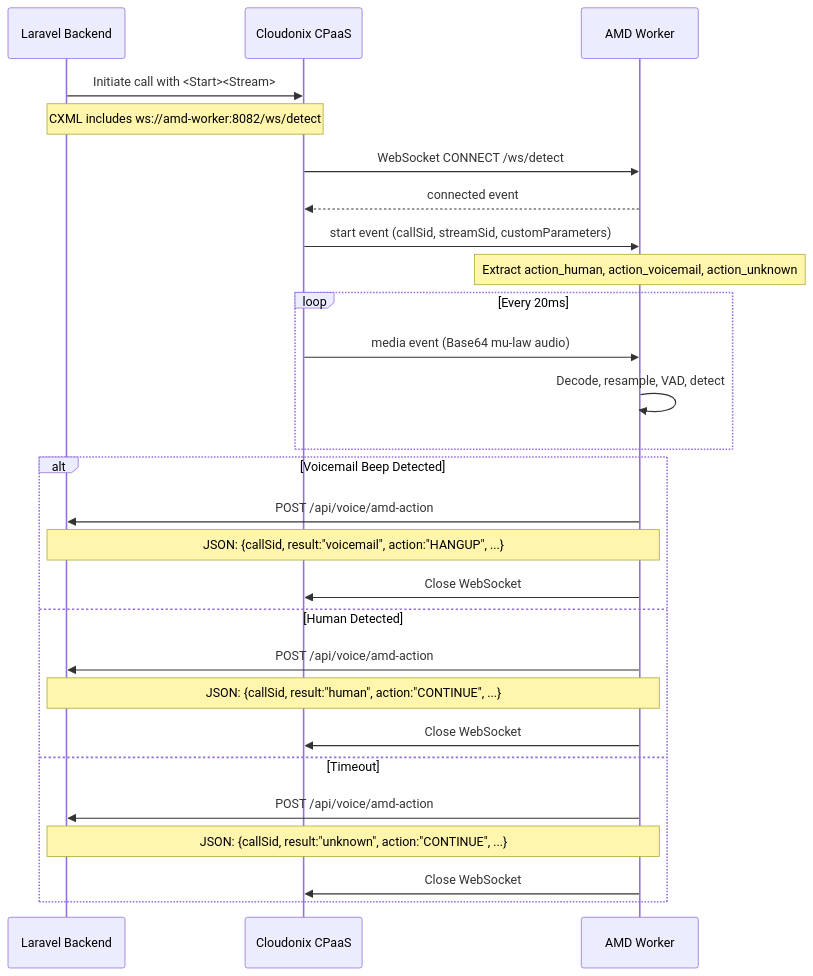
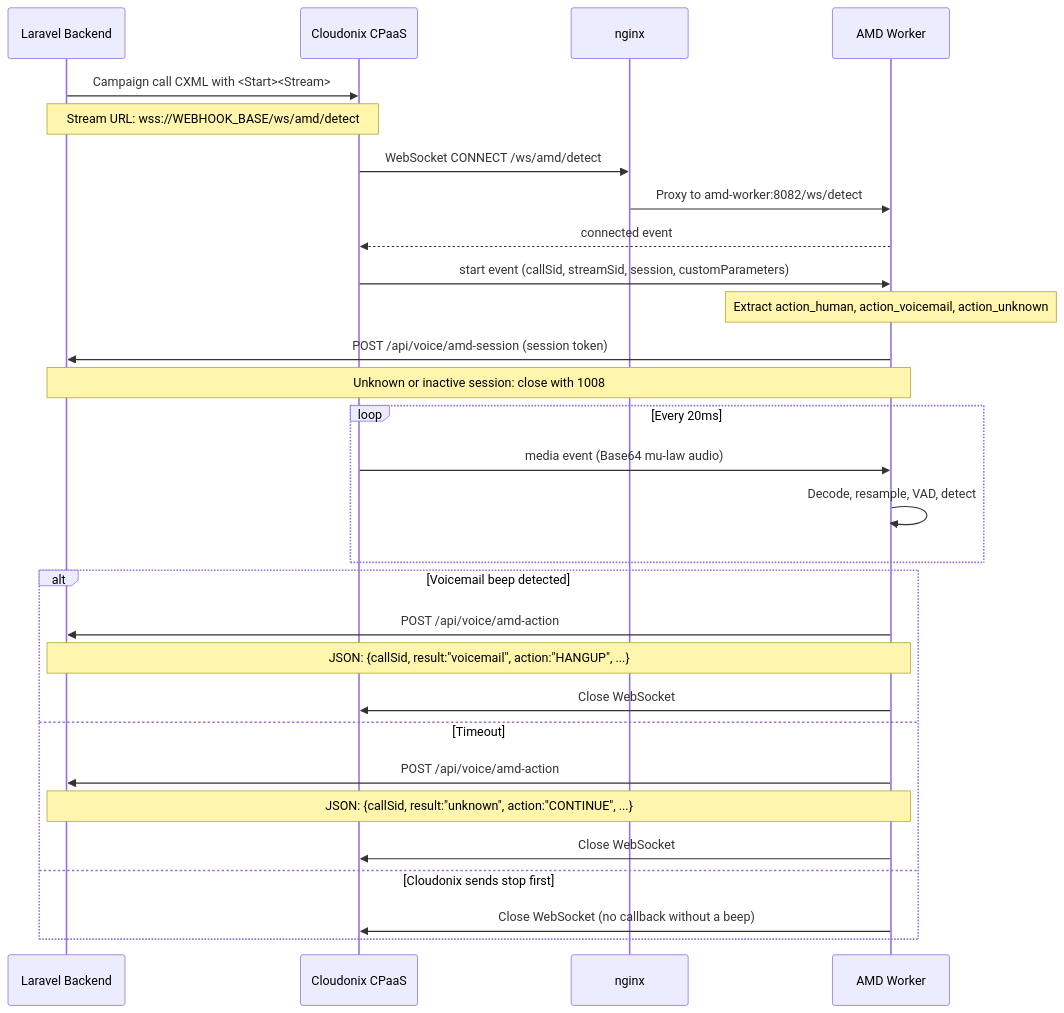
The third of 3 diagrams in amd-worker/README.md (greenfieldtech-nirs/opbx), drawn with Mermaid before and after one commit. The commit also changed other lines of this file and 9 other files, not shown here.

````diff
--- a/amd-worker/README.md
+++ b/amd-worker/README.md
@@ -289,32 +302,34 @@
 ```mermaid
 sequenceDiagram
     participant L as Laravel Backend
     participant C as Cloudonix CPaaS
+    participant N as nginx
     participant A as AMD Worker
 
-    L->>C: Initiate call with <Start><Stream>
-    Note over L,C: CXML includes ws://amd-worker:8082/ws/detect
-    C->>A: WebSocket CONNECT /ws/detect
+    L->>C: Campaign call CXML with <Start><Stream>
+    Note over L,C: Stream URL: wss://WEBHOOK_BASE/ws/amd/detect
+    C->>N: WebSocket CONNECT /ws/amd/detect
+    N->>A: Proxy to amd-worker:8082/ws/detect
     A-->>C: connected event
-    C->>A: start event (callSid, streamSid, customParameters)
+    C->>A: start event (callSid, streamSid, session, customParameters)
     Note over A: Extract action_human, action_voicemail, action_unknown
+    A->>L: POST /api/voice/amd-session (session token)
+    Note over A,L: Unknown or inactive session: close with 1008
 
     loop Every 20ms
         C->>A: media event (Base64 mu-law audio)
         A->>A: Decode, resample, VAD, detect
     end
 
-    alt Voicemail Beep Detected
+    alt Voicemail beep detected
         A->>L: POST /api/voice/amd-action
         Note over A,L: JSON: {callSid, result:"voicemail", action:"HANGUP", ...}
-        A->>C: Close WebSocket
-    else Human Detected
-        A->>L: POST /api/voice/amd-action
-        Note over A,L: JSON: {callSid, result:"human", action:"CONTINUE", ...}
         A->>C: Close WebSocket
     else Timeout
         A->>L: POST /api/voice/amd-action
         Note over A,L: JSON: {callSid, result:"unknown", action:"CONTINUE", ...}
         A->>C: Close WebSocket
+    else Cloudonix sends stop first
+        A->>C: Close WebSocket (no callback without a beep)
     end
 ```
````
